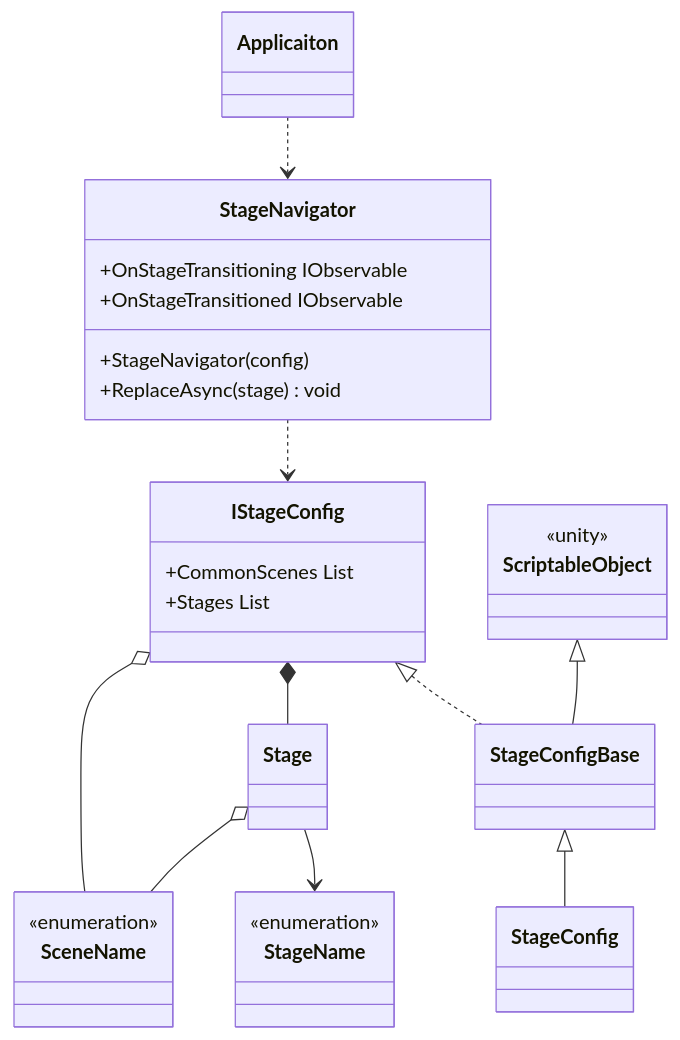
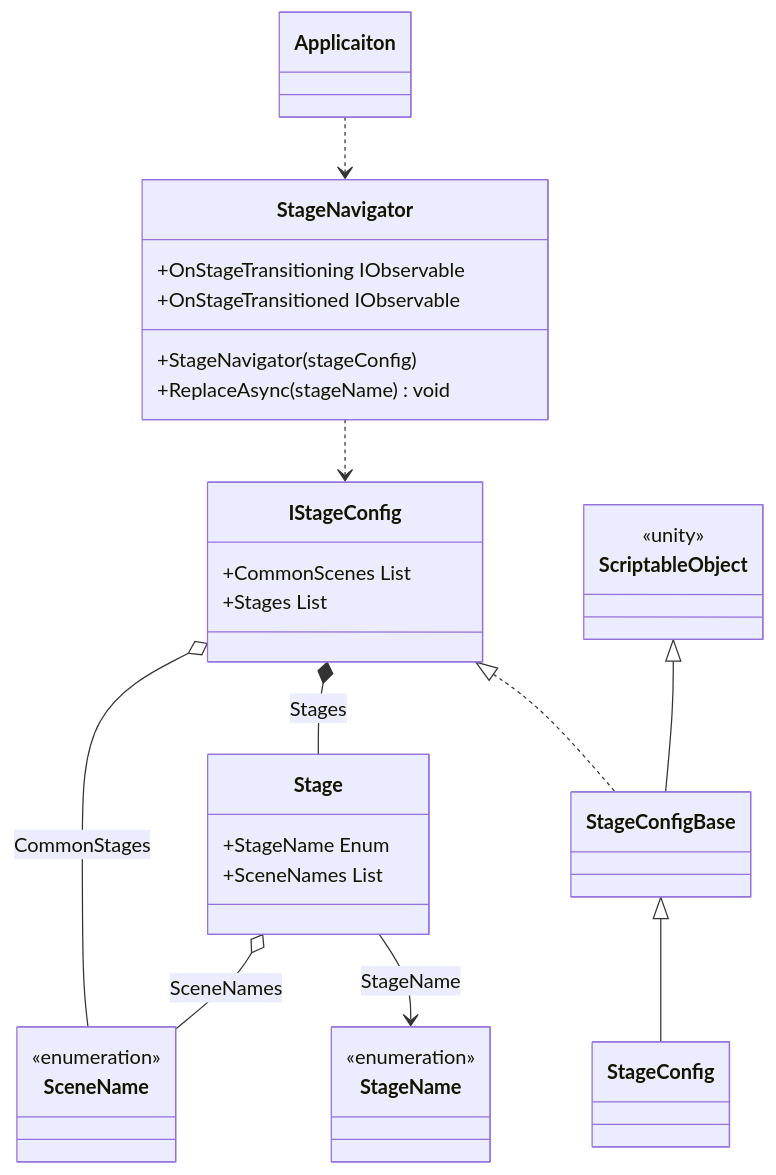
Before and after one commit to extreal-dev/Extreal.Guide: the diagram in docs/core/stage-navigation.md, drawn with Mermaid. The commit also changed other lines of this file, not shown here.

Commit message:
StageNavigationのガイドとソースの整合性を見直し

````diff
--- a/docs/core/stage-navigation.md
+++ b/docs/core/stage-navigation.md
@@ -27,50 +27,52 @@
 ```mermaid
 classDiagram
 
     Applicaiton ..> StageNavigator
     StageNavigator ..> IStageConfig
     IStageConfig <|.. StageConfigBase
     StageConfigBase <|-- StageConfig
     ScriptableObject <|-- StageConfigBase
-    IStageConfig *-- Stage
-    IStageConfig o-- SceneName
-    Stage --> StageName
-    Stage o-- SceneName
+    IStageConfig *-- Stage : Stages
+    IStageConfig o-- SceneName : CommonStages
+    Stage --> StageName : StageName
+    Stage o-- SceneName : SceneNames
 
     class Applicaiton {
     }
 
     class StageName {
         <<enumeration>>
     }
 
     class SceneName {
         <<enumeration>>
     }
 
     class StageConfig {
     }
 
     class StageNavigator {
         +OnStageTransitioning IObservable
         +OnStageTransitioned IObservable
-        +StageNavigator(config)
-        +ReplaceAsync(stage) void
+        +StageNavigator(stageConfig)
+        +ReplaceAsync(stageName) void
     }
 
     class IStageConfig {
         +CommonScenes List
         +Stages List
     }
 
     class StageConfigBase {
         
     }
 
     class ScriptableObject {
         <<unity>>
     }
 
     class Stage {
+        +StageName Enum
+        +SceneNames List
     }
 ```
````
